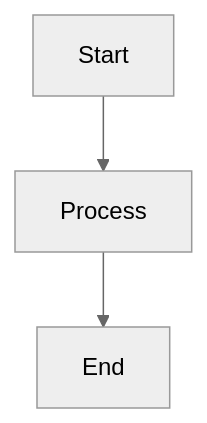
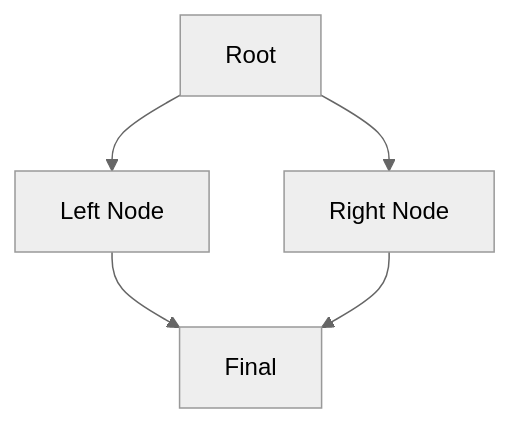
Before and after one commit to tariqshams/mermaidtui: the third of 3 diagrams in README.md, drawn with Mermaid (neutral theme). The commit also changed other lines of this file and 9 other files, not shown here.

````diff
--- a/README.md
+++ b/README.md
@@ -71,5 +58,7 @@
 ```mermaid
 flowchart TB
-    A[Start] --> B[Process]
-    B --> C[End]
+    A[Root] --> B[Left Node]
+    A --> C[Right Node]
+    B --> D[Final]
+    C --> D
 ```
````
